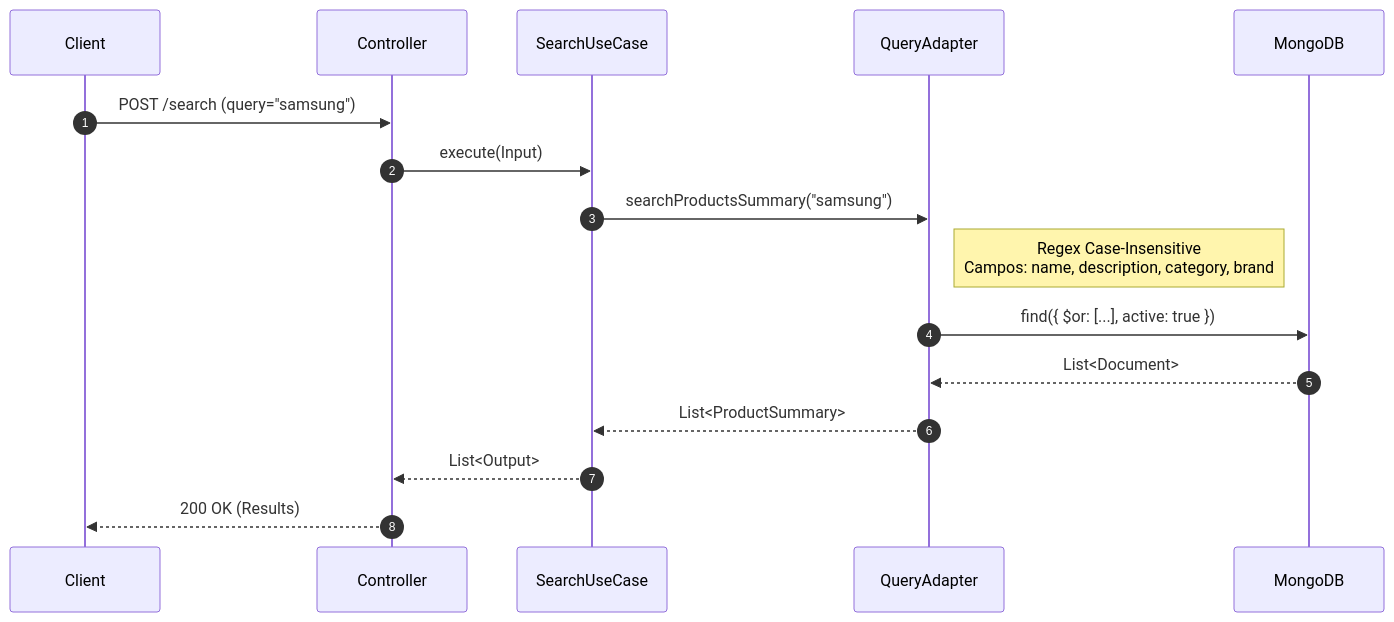
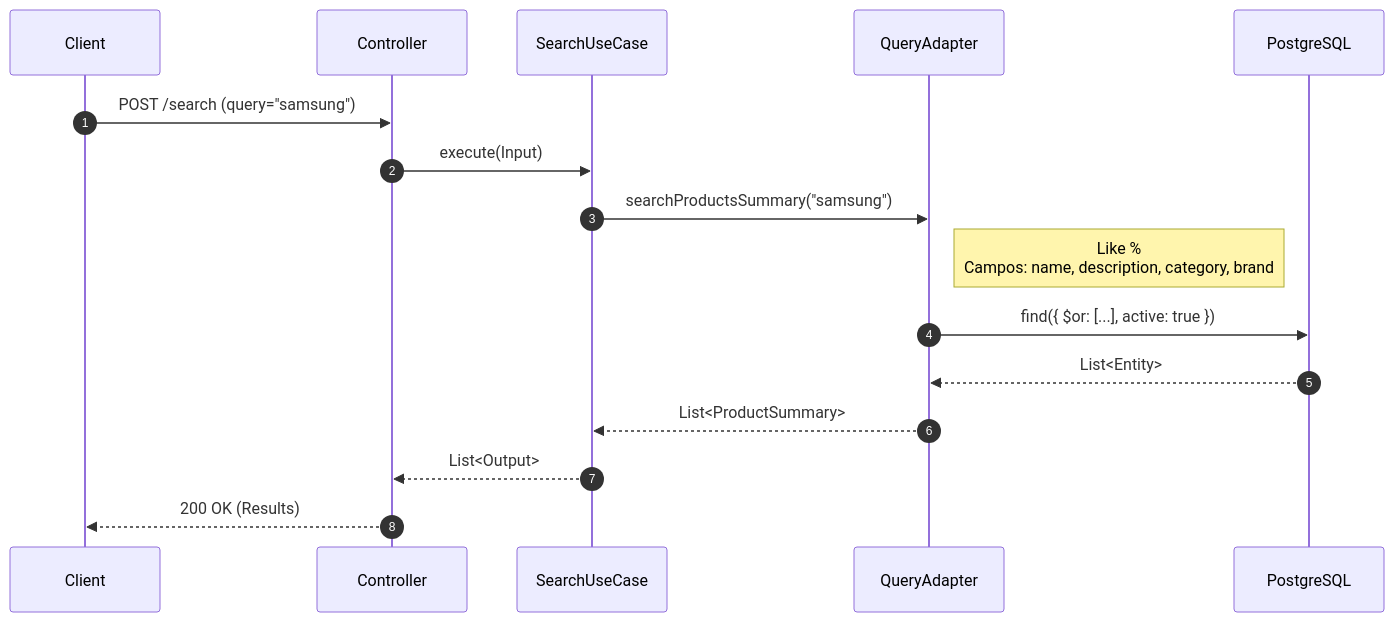
Diagram 11 of 11 in README.md (wallanpsantos/ms-product-catalog), drawn with Mermaid before and after one commit. The commit also changed other lines of this file and 7 other files, not shown here.

First line of the commit message:
docs: atualiza documentação para refletir migração de MongoDB para PostgreSQL

````diff
--- a/README.md
+++ b/README.md
@@ -563,18 +563,18 @@
 ```mermaid
 sequenceDiagram
     autonumber
     participant C as Client
     participant CTRL as Controller
     participant UC as SearchUseCase
     participant GW as QueryAdapter
-    participant DB as MongoDB
+    participant DB as PostgreSQL
     C ->> CTRL: POST /search (query="samsung")
     CTRL ->> UC: execute(Input)
     UC ->> GW: searchProductsSummary("samsung")
-    Note right of GW: Regex Case-Insensitive<br/>Campos: name, description, category, brand
+    Note right of GW: Like %<br/>Campos: name, description, category, brand
     GW ->> DB: find({ $or: [...], active: true })
-    DB -->> GW: List<Document>
+    DB -->> GW: List<Entity>
     GW -->> UC: List<ProductSummary>
     UC -->> CTRL: List<Output>
     CTRL -->> C: 200 OK (Results)
 ```
````
